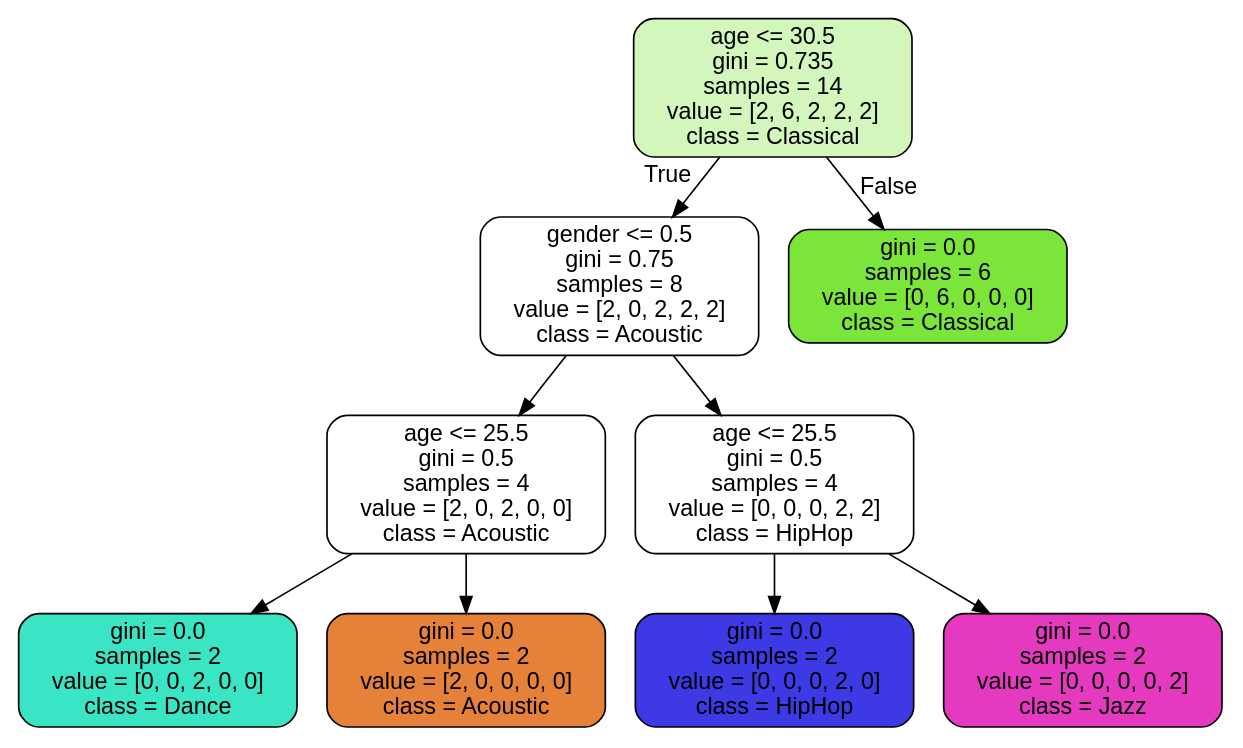
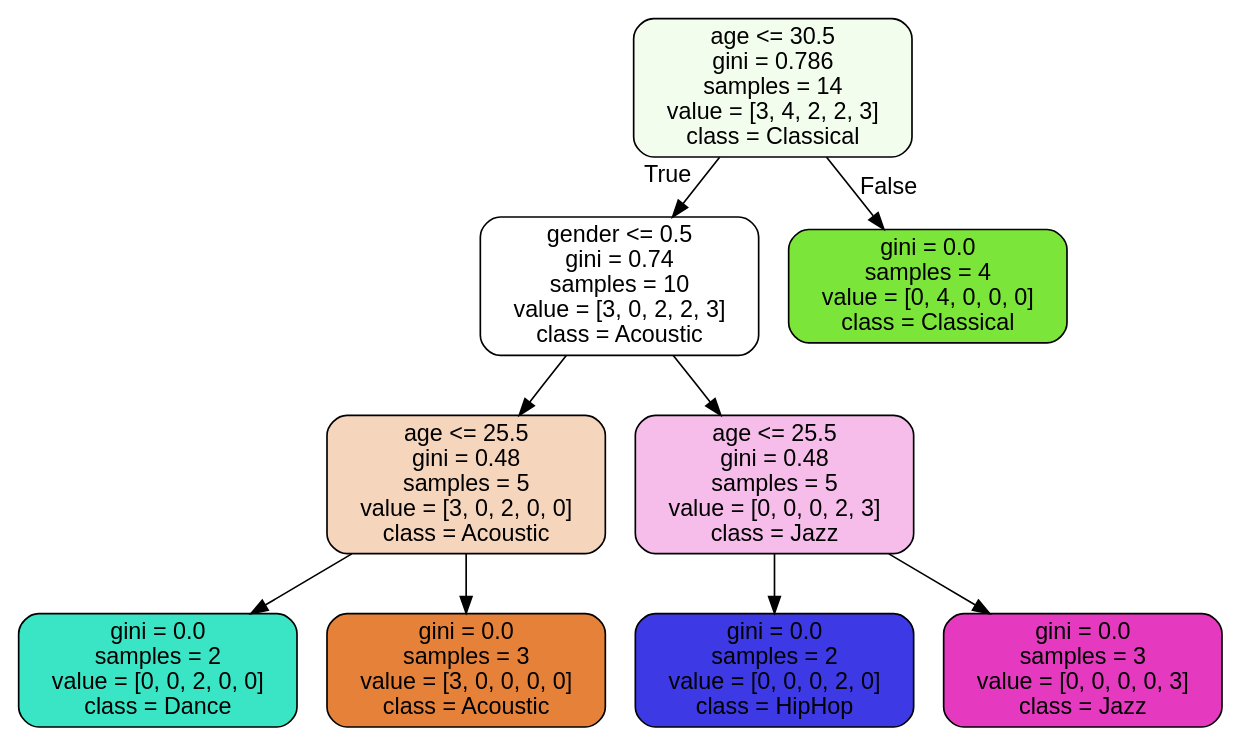
The diagram in music-recommender2.dot (GuilhermeCar9/machine_learning), drawn with Graphviz before and after one commit. The commit also changed 1 other file, not shown here.

```diff
--- a/music-recommender2.dot
+++ b/music-recommender2.dot
@@ -1,21 +1,21 @@
 digraph Tree {
 node [shape=box, style="filled, rounded", color="black", fontname="helvetica"] ;
 edge [fontname="helvetica"] ;
-0 [label="age <= 30.5\ngini = 0.735\nsamples = 14\nvalue = [2, 6, 2, 2, 2]\nclass = Classical", fillcolor="#d3f6bd"] ;
-1 [label="gender <= 0.5\ngini = 0.75\nsamples = 8\nvalue = [2, 0, 2, 2, 2]\nclass = Acoustic", fillcolor="#ffffff"] ;
+0 [label="age <= 30.5\ngini = 0.786\nsamples = 14\nvalue = [3, 4, 2, 2, 3]\nclass = Classical", fillcolor="#f3fded"] ;
+1 [label="gender <= 0.5\ngini = 0.74\nsamples = 10\nvalue = [3, 0, 2, 2, 3]\nclass = Acoustic", fillcolor="#ffffff"] ;
 0 -> 1 [labeldistance=2.5, labelangle=45, headlabel="True"] ;
-2 [label="age <= 25.5\ngini = 0.5\nsamples = 4\nvalue = [2, 0, 2, 0, 0]\nclass = Acoustic", fillcolor="#ffffff"] ;
+2 [label="age <= 25.5\ngini = 0.48\nsamples = 5\nvalue = [3, 0, 2, 0, 0]\nclass = Acoustic", fillcolor="#f6d5bd"] ;
 1 -> 2 ;
 3 [label="gini = 0.0\nsamples = 2\nvalue = [0, 0, 2, 0, 0]\nclass = Dance", fillcolor="#39e5c5"] ;
 2 -> 3 ;
-4 [label="gini = 0.0\nsamples = 2\nvalue = [2, 0, 0, 0, 0]\nclass = Acoustic", fillcolor="#e58139"] ;
+4 [label="gini = 0.0\nsamples = 3\nvalue = [3, 0, 0, 0, 0]\nclass = Acoustic", fillcolor="#e58139"] ;
 2 -> 4 ;
-5 [label="age <= 25.5\ngini = 0.5\nsamples = 4\nvalue = [0, 0, 0, 2, 2]\nclass = HipHop", fillcolor="#ffffff"] ;
+5 [label="age <= 25.5\ngini = 0.48\nsamples = 5\nvalue = [0, 0, 0, 2, 3]\nclass = Jazz", fillcolor="#f6bdea"] ;
 1 -> 5 ;
 6 [label="gini = 0.0\nsamples = 2\nvalue = [0, 0, 0, 2, 0]\nclass = HipHop", fillcolor="#3c39e5"] ;
 5 -> 6 ;
-7 [label="gini = 0.0\nsamples = 2\nvalue = [0, 0, 0, 0, 2]\nclass = Jazz", fillcolor="#e539c0"] ;
+7 [label="gini = 0.0\nsamples = 3\nvalue = [0, 0, 0, 0, 3]\nclass = Jazz", fillcolor="#e539c0"] ;
 5 -> 7 ;
-8 [label="gini = 0.0\nsamples = 6\nvalue = [0, 6, 0, 0, 0]\nclass = Classical", fillcolor="#7be539"] ;
+8 [label="gini = 0.0\nsamples = 4\nvalue = [0, 4, 0, 0, 0]\nclass = Classical", fillcolor="#7be539"] ;
 0 -> 8 [labeldistance=2.5, labelangle=-45, headlabel="False"] ;
 }
```
